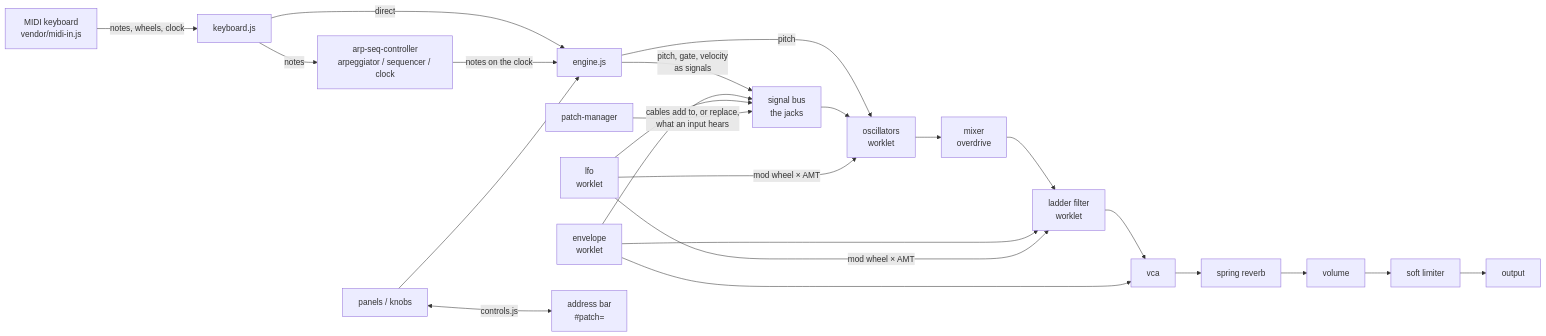
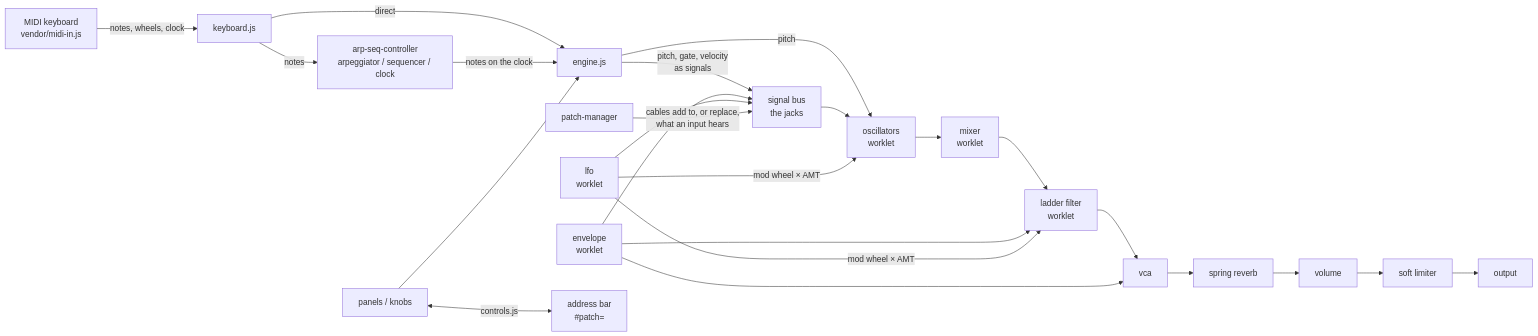
One commit to csciuto/goob_nonna changed the diagram in ARCHITECTURE.md. Above: the diagram before and after it, drawn with Mermaid. The commit also changed other lines of this file and 11 other files, not shown here.

````diff
--- a/ARCHITECTURE.md
+++ b/ARCHITECTURE.md
@@ -65,17 +67,17 @@
 ```mermaid
 flowchart LR
   KB[keyboard.js] -->|notes| AS[arp-seq-controller<br/>arpeggiator / sequencer / clock]
   MIDI[MIDI keyboard<br/>vendor/midi-in.js] -->|notes, wheels, clock| KB
   KB -->|direct| EN[engine.js]
   AS -->|notes on the clock| EN
   EN -->|pitch, gate, velocity<br/>as signals| BUS[signal bus<br/>the jacks]
   EN -->|pitch| OSC
-  BUS --> OSC[oscillators<br/>worklet] --> MIX[mixer<br/>overdrive] --> FLT[ladder filter<br/>worklet] --> VCA[vca] --> REV[spring reverb] --> VOL[volume] --> LIM[soft limiter] --> OUT[output]
+  BUS --> OSC[oscillators<br/>worklet] --> MIX[mixer<br/>worklet] --> FLT[ladder filter<br/>worklet] --> VCA[vca] --> REV[spring reverb] --> VOL[volume] --> LIM[soft limiter] --> OUT[output]
   ENV[envelope<br/>worklet] --> FLT & VCA
   ENV --> BUS
   LFO[lfo<br/>worklet] -->|mod wheel × AMT| OSC & FLT
   LFO --> BUS
   PM[patch-manager] -->|cables add to, or replace,<br/>what an input hears| BUS
   UI[panels / knobs] --> EN
   UI <-->|controls.js| URL[address bar<br/>#patch=]
 ```
````
